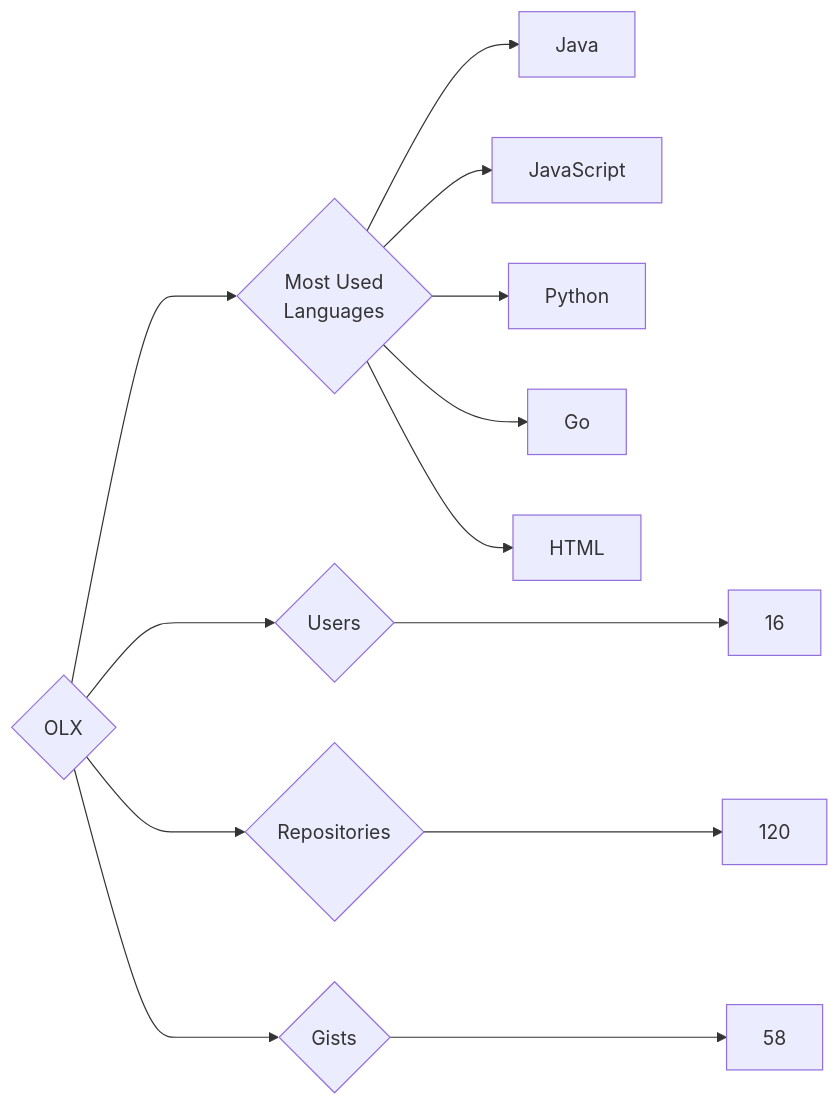
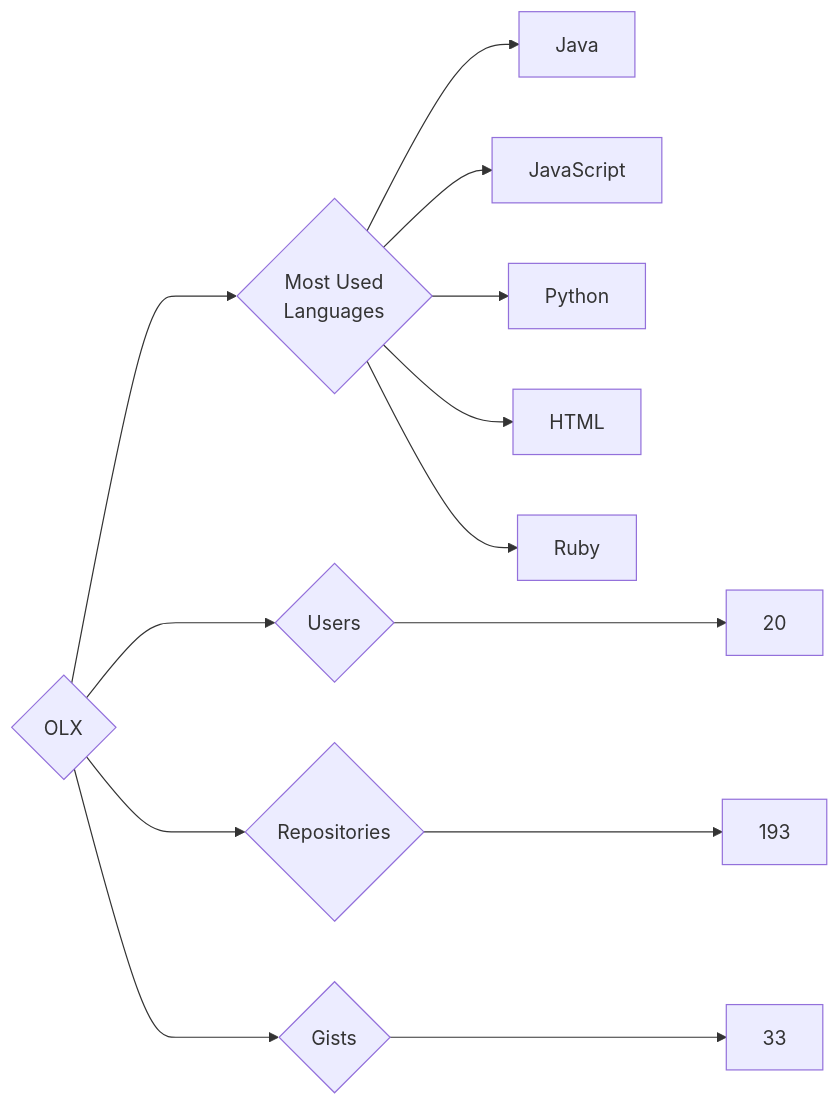
The diagram in targets/OLX/README.md (trickest/insiders), drawn with Mermaid before and after one commit. The commit also changed 964 other files, not shown here.

````diff
--- a/targets/OLX/README.md
+++ b/targets/OLX/README.md
@@ -3,13 +3,13 @@
 ```mermaid
 graph LR
 COMPANY_NAME{OLX}
-COMPANY_NAME ---> U{Users} ---> UN[16]
-COMPANY_NAME ---> R{Repositories} ---> RN[120]
-COMPANY_NAME ---> G{Gists} ---> GN[58]
+COMPANY_NAME ---> U{Users} ---> UN[20]
+COMPANY_NAME ---> R{Repositories} ---> RN[193]
+COMPANY_NAME ---> G{Gists} ---> GN[33]
 COMPANY_NAME ---> ML{Most Used<br>Languages}
 ML --> Java[Java]
 ML --> JavaScript[JavaScript]
 ML --> Python[Python]
-ML --> Go[Go]
 ML --> HTML[HTML]
+ML --> Ruby[Ruby]
 ```
````
